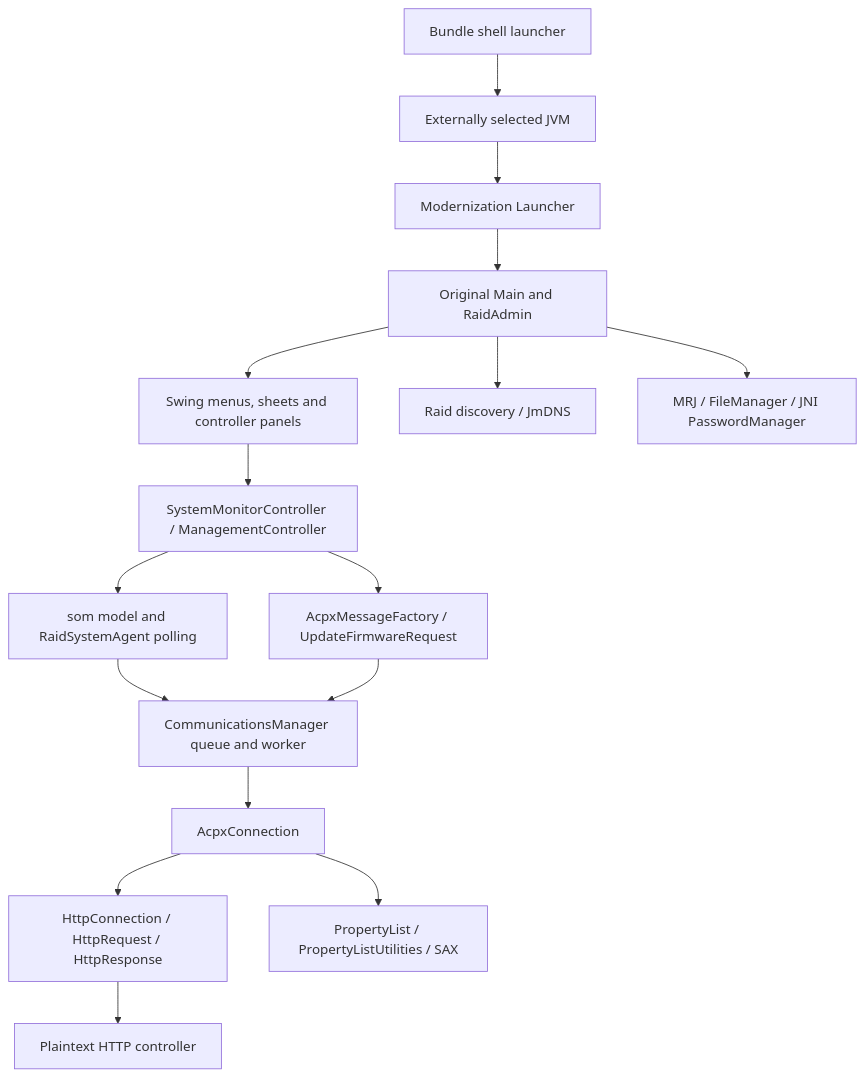
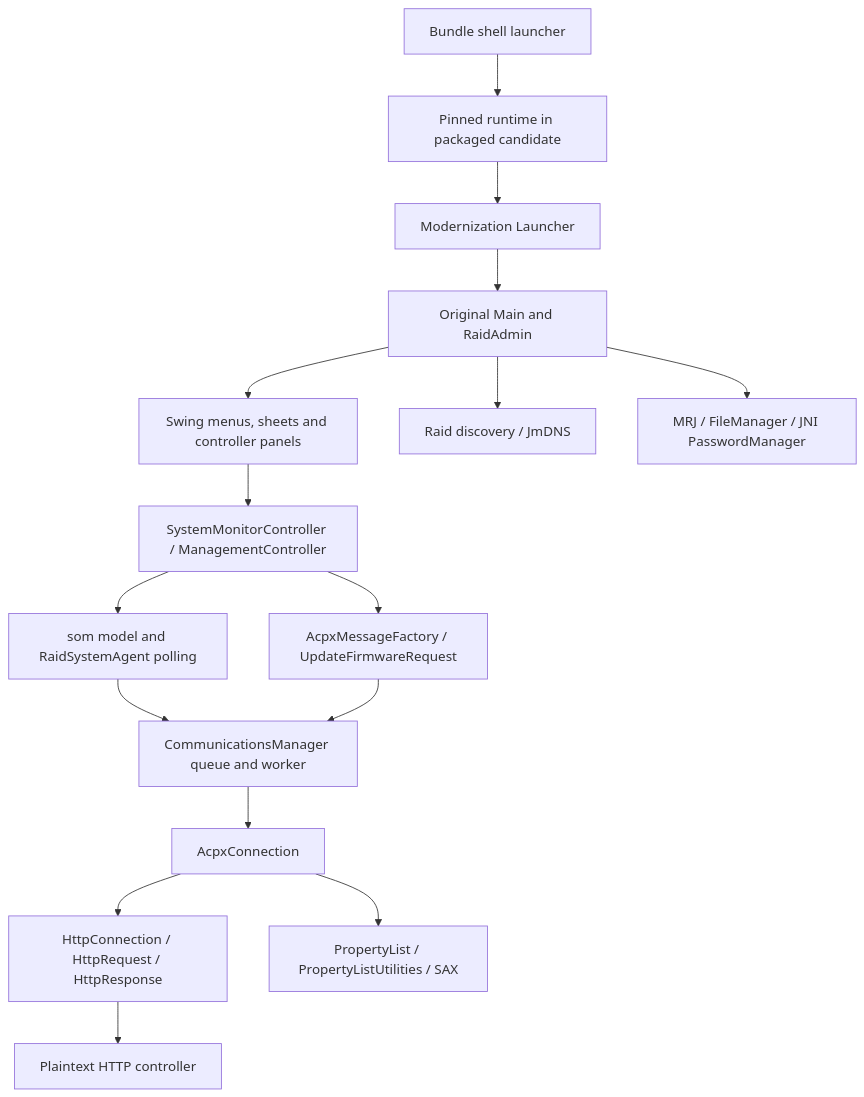
One commit to mav2287/xserve-raid-admin changed the diagram in ARCHITECTURE.md. Above: the diagram before and after it, drawn with Mermaid. The commit also changed other lines of this file and 3 other files, not shown here.

Commit message:
audit: verify security candidate runtime bundles and preserved transport

````diff
--- a/ARCHITECTURE.md
+++ b/ARCHITECTURE.md
@@ -36,18 +36,18 @@
 ```mermaid
 flowchart TD
-  Shell[Bundle shell launcher] --> JVM[Externally selected JVM]
+  Shell[Bundle shell launcher] --> JVM[Pinned runtime in packaged candidate]
   JVM --> Launcher[Modernization Launcher]
   Launcher --> Main[Original Main and RaidAdmin]
   Main --> UI[Swing menus, sheets and controller panels]
   UI --> Controller[SystemMonitorController / ManagementController]
   Controller --> SOM[som model and RaidSystemAgent polling]
   SOM --> Queue[CommunicationsManager queue and worker]
   Controller --> Factory[AcpxMessageFactory / UpdateFirmwareRequest]
   Factory --> Queue
   Queue --> ACP[AcpxConnection]
   ACP --> HTTP[HttpConnection / HttpRequest / HttpResponse]
   HTTP --> Hardware[Plaintext HTTP controller]
   ACP --> Plist[PropertyList / PropertyListUtilities / SAX]
   Main --> Discovery[Raid discovery / JmDNS]
   Main --> OS[MRJ / FileManager / JNI PasswordManager]
 ```
````
